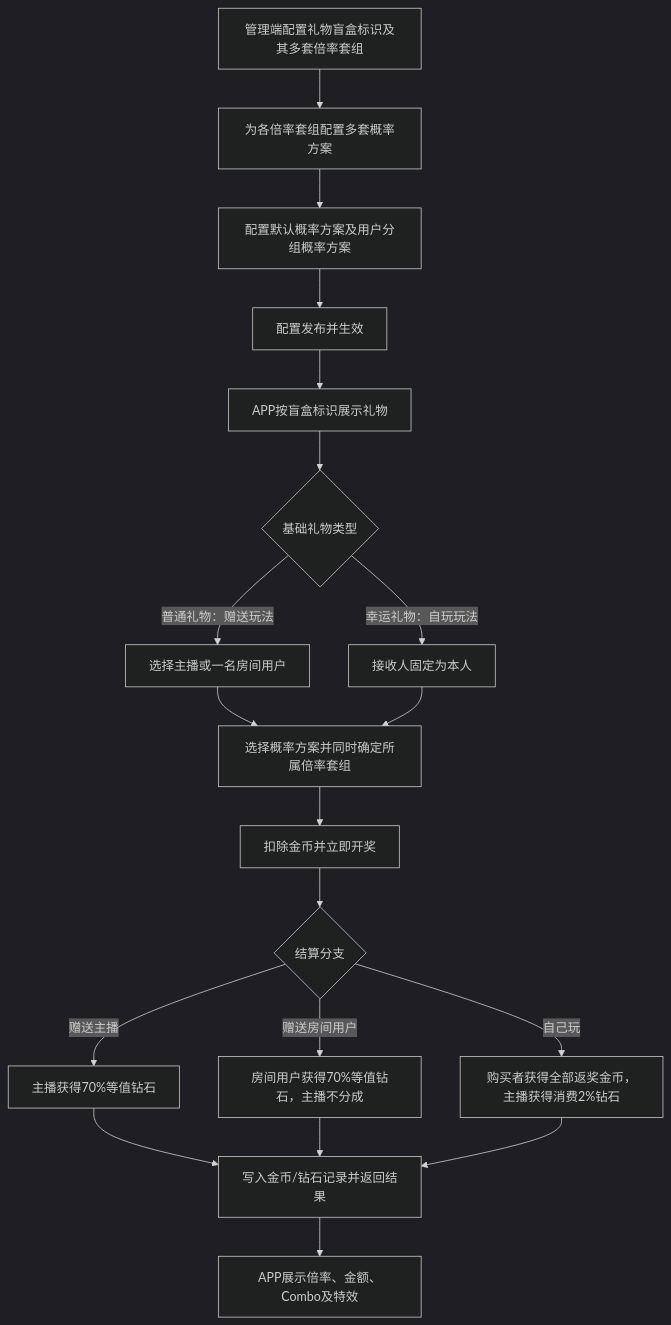
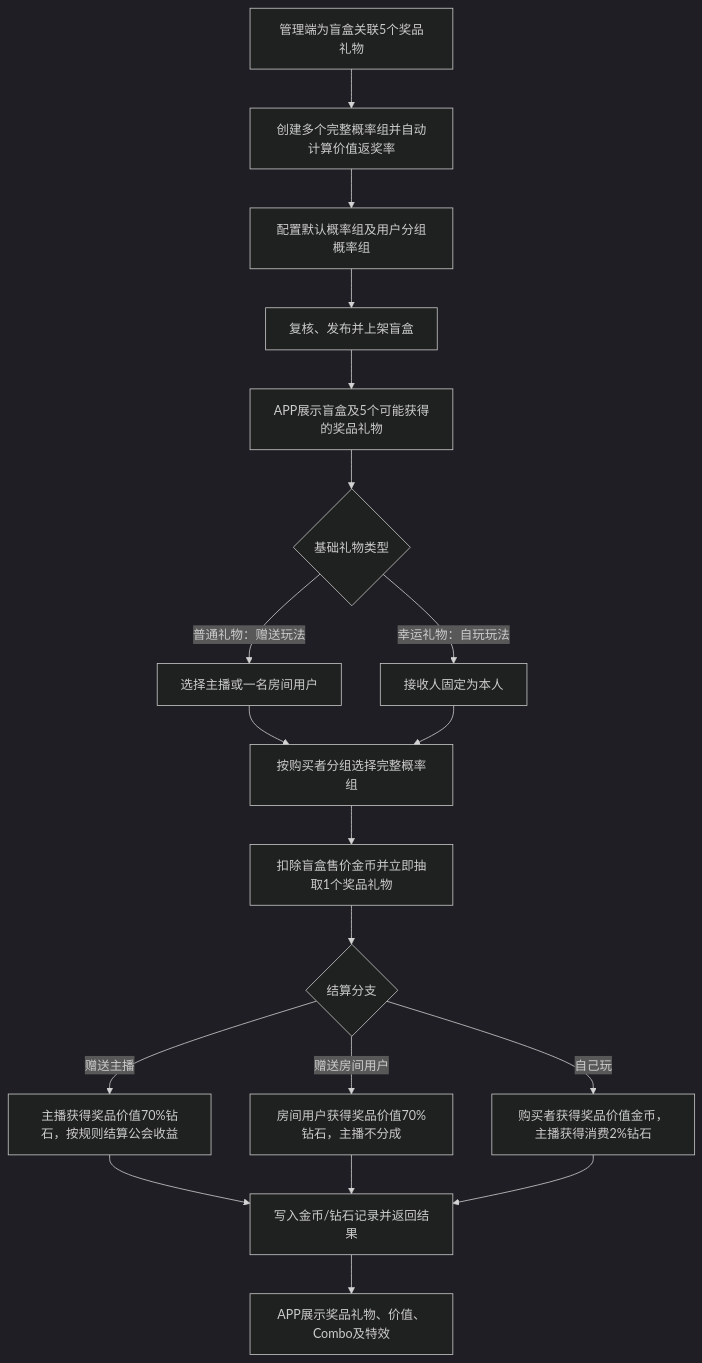
Before and after one commit to lxw13000/sano-pm: the third of 5 diagrams in 8月/盲盒礼物产品开发需求文档.md, drawn with Mermaid (dark theme). The commit also changed other lines of this file and 13 other files, not shown here.

````diff
--- a/8月/盲盒礼物产品开发需求文档.md
+++ b/8月/盲盒礼物产品开发需求文档.md
@@ -125,21 +140,21 @@
 ```mermaid
 flowchart TD
-    A["管理端配置礼物盲盒标识及其多套倍率套组"] --> B["为各倍率套组配置多套概率方案"]
-    B --> B2["配置默认概率方案及用户分组概率方案"]
-    B2 --> C["配置发布并生效"]
-    C --> D["APP按盲盒标识展示礼物"]
-    D --> E{"基础礼物类型"}
-    E -- "普通礼物：赠送玩法" --> F["选择主播或一名房间用户"]
-    E -- "幸运礼物：自玩玩法" --> G["接收人固定为本人"]
-    F --> H["选择概率方案并同时确定所属倍率套组"]
-    G --> H
-    H --> I["扣除金币并立即开奖"]
-    I --> J{"结算分支"}
-    J -- "赠送主播" --> K["主播获得70%等值钻石"]
-    J -- "赠送房间用户" --> L["房间用户获得70%等值钻石，主播不分成"]
-    J -- "自己玩" --> M["购买者获得全部返奖金币，主播获得消费2%钻石"]
-    K --> N["写入金币/钻石记录并返回结果"]
-    L --> N
-    M --> N
-    N --> O["APP展示倍率、金额、Combo及特效"]
+    A["管理端为盲盒关联5个奖品礼物"] --> B["创建多个完整概率组并自动计算价值返奖率"]
+    B --> C["配置默认概率组及用户分组概率组"]
+    C --> D["复核、发布并上架盲盒"]
+    D --> E["APP展示盲盒及5个可能获得的奖品礼物"]
+    E --> F{"基础礼物类型"}
+    F -- "普通礼物：赠送玩法" --> G["选择主播或一名房间用户"]
+    F -- "幸运礼物：自玩玩法" --> H["接收人固定为本人"]
+    G --> I["按购买者分组选择完整概率组"]
+    H --> I
+    I --> J["扣除盲盒售价金币并立即抽取1个奖品礼物"]
+    J --> K{"结算分支"}
+    K -- "赠送主播" --> L["主播获得奖品价值70%钻石，按规则结算公会收益"]
+    K -- "赠送房间用户" --> M["房间用户获得奖品价值70%钻石，主播不分成"]
+    K -- "自己玩" --> N["购买者获得奖品价值金币，主播获得消费2%钻石"]
+    L --> O["写入金币/钻石记录并返回结果"]
+    M --> O
+    N --> O
+    O --> P["APP展示奖品礼物、价值、Combo及特效"]
 ```
````
